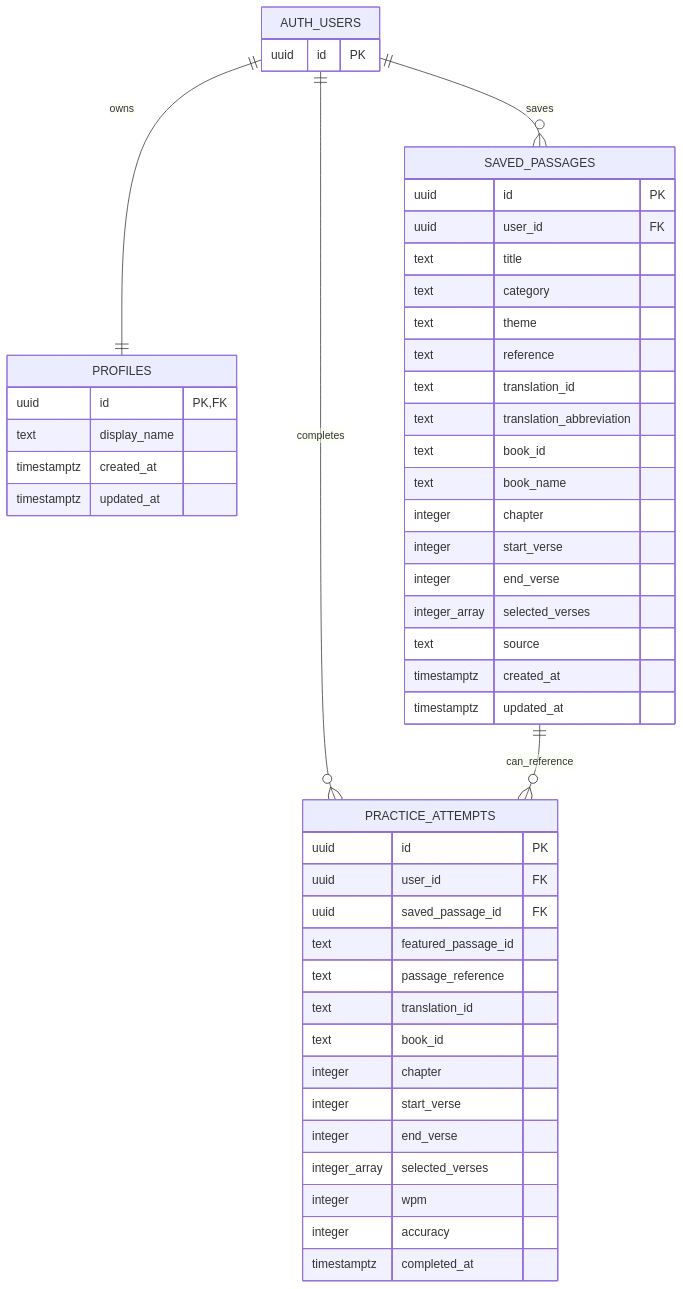
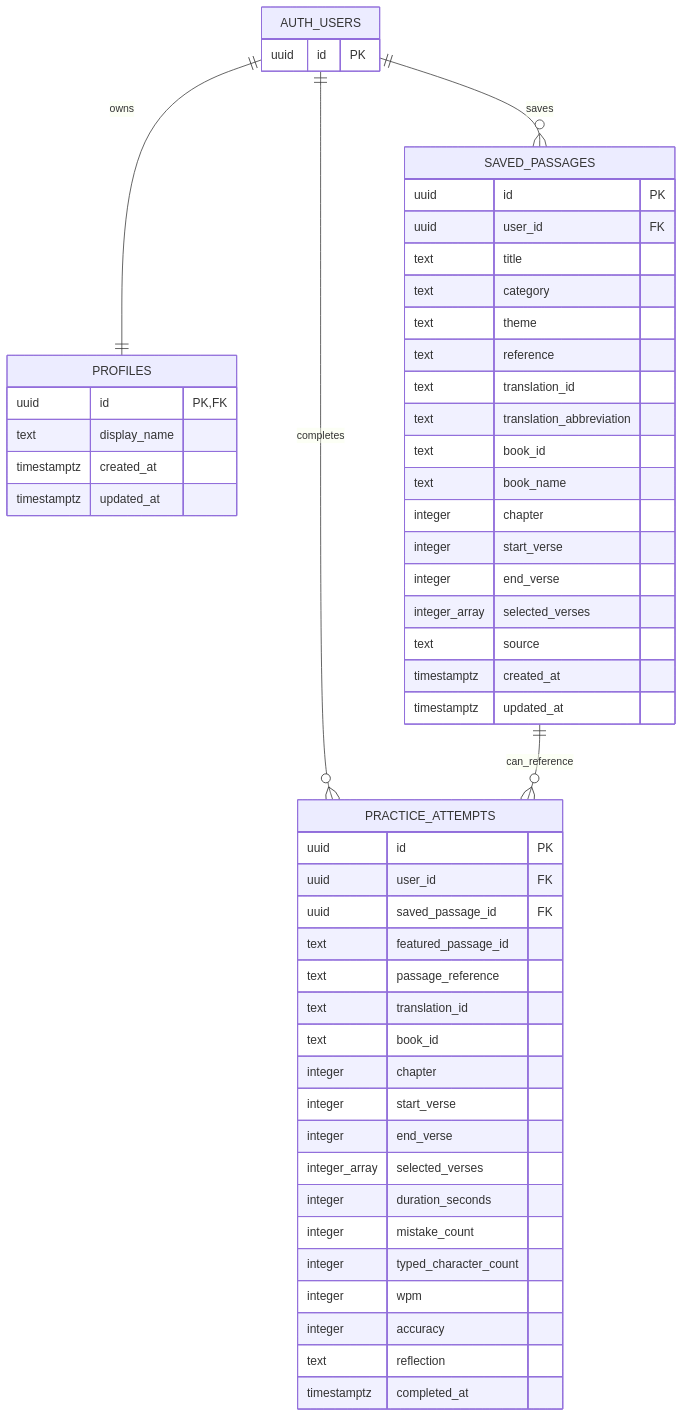
Before and after one commit to eirikenriquez/The-Word-per-Minute: the first of 4 diagrams in docs/documentation.md, drawn with Mermaid. The commit also changed other lines of this file and 2 other files, not shown here.

````diff
--- a/docs/documentation.md
+++ b/docs/documentation.md
@@ -702,55 +744,59 @@
 ```mermaid
 erDiagram
   AUTH_USERS ||--|| PROFILES : owns
   AUTH_USERS ||--o{ SAVED_PASSAGES : saves
   AUTH_USERS ||--o{ PRACTICE_ATTEMPTS : completes
   SAVED_PASSAGES ||--o{ PRACTICE_ATTEMPTS : can_reference
 
   AUTH_USERS {
     uuid id PK
   }
 
   PROFILES {
     uuid id PK, FK
     text display_name
     timestamptz created_at
     timestamptz updated_at
   }
 
   SAVED_PASSAGES {
     uuid id PK
     uuid user_id FK
     text title
     text category
     text theme
     text reference
     text translation_id
     text translation_abbreviation
     text book_id
     text book_name
     integer chapter
     integer start_verse
     integer end_verse
     integer_array selected_verses
     text source
     timestamptz created_at
     timestamptz updated_at
   }
 
   PRACTICE_ATTEMPTS {
     uuid id PK
     uuid user_id FK
     uuid saved_passage_id FK
     text featured_passage_id
     text passage_reference
     text translation_id
     text book_id
     integer chapter
     integer start_verse
     integer end_verse
     integer_array selected_verses
+    integer duration_seconds
+    integer mistake_count
+    integer typed_character_count
     integer wpm
     integer accuracy
+    text reflection
     timestamptz completed_at
   }
 ```
````
